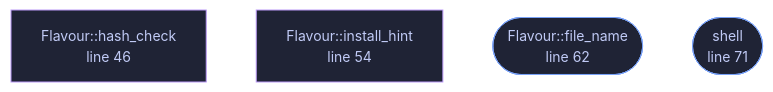
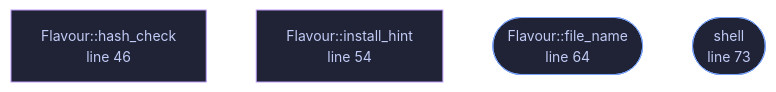
One commit to tilas01/veilvoice changed the diagram in docs/files/veilvoice-gnupg/script.md. Above: the diagram before and after it, drawn with Mermaid. The commit also changed other lines of this file and 118 other files, not shown here.

````diff
--- a/docs/files/veilvoice-gnupg/script.md
+++ b/docs/files/veilvoice-gnupg/script.md
@@ -84,16 +84,16 @@
 ```mermaid
 %%{init: {"theme":"base","themeVariables":{"background":"#1a1b26","primaryColor":"#1f2335","primaryTextColor":"#c0caf5","primaryBorderColor":"#7aa2f7","secondaryColor":"#16161e","tertiaryColor":"#16161e","lineColor":"#737aa2","textColor":"#c0caf5","mainBkg":"#1f2335","nodeBorder":"#7aa2f7","clusterBkg":"#16161e","clusterBorder":"#2f3549","fontFamily":"ui-monospace, SFMono-Regular, Consolas, monospace","fontSize":"14px"}}}%%
 flowchart TD
     n_hash_check["Flavour::hash_check<br/>line 46"]
     n_install_hint["Flavour::install_hint<br/>line 54"]
-    n_file_name(["Flavour::file_name<br/>line 62"])
-    n_shell(["shell<br/>line 71"])
+    n_file_name(["Flavour::file_name<br/>line 64"])
+    n_shell(["shell<br/>line 73"])
     click n_hash_check href "https://github.com/tilas01/veilvoice/blob/main/crates/veilvoice-gnupg/src/script.rs#L46" "open the source"
     click n_install_hint href "https://github.com/tilas01/veilvoice/blob/main/crates/veilvoice-gnupg/src/script.rs#L54" "open the source"
-    click n_file_name href "https://github.com/tilas01/veilvoice/blob/main/crates/veilvoice-gnupg/src/script.rs#L62" "open the source"
-    click n_shell href "https://github.com/tilas01/veilvoice/blob/main/crates/veilvoice-gnupg/src/script.rs#L71" "open the source"
+    click n_file_name href "https://github.com/tilas01/veilvoice/blob/main/crates/veilvoice-gnupg/src/script.rs#L64" "open the source"
+    click n_shell href "https://github.com/tilas01/veilvoice/blob/main/crates/veilvoice-gnupg/src/script.rs#L73" "open the source"
     classDef entry fill:#1f2335,stroke:#7aa2f7,color:#c0caf5
     class n_file_name,n_shell entry
     classDef helper fill:#1f2335,stroke:#bb9af7,color:#c0caf5
     class n_hash_check,n_install_hint helper
 ```
````
